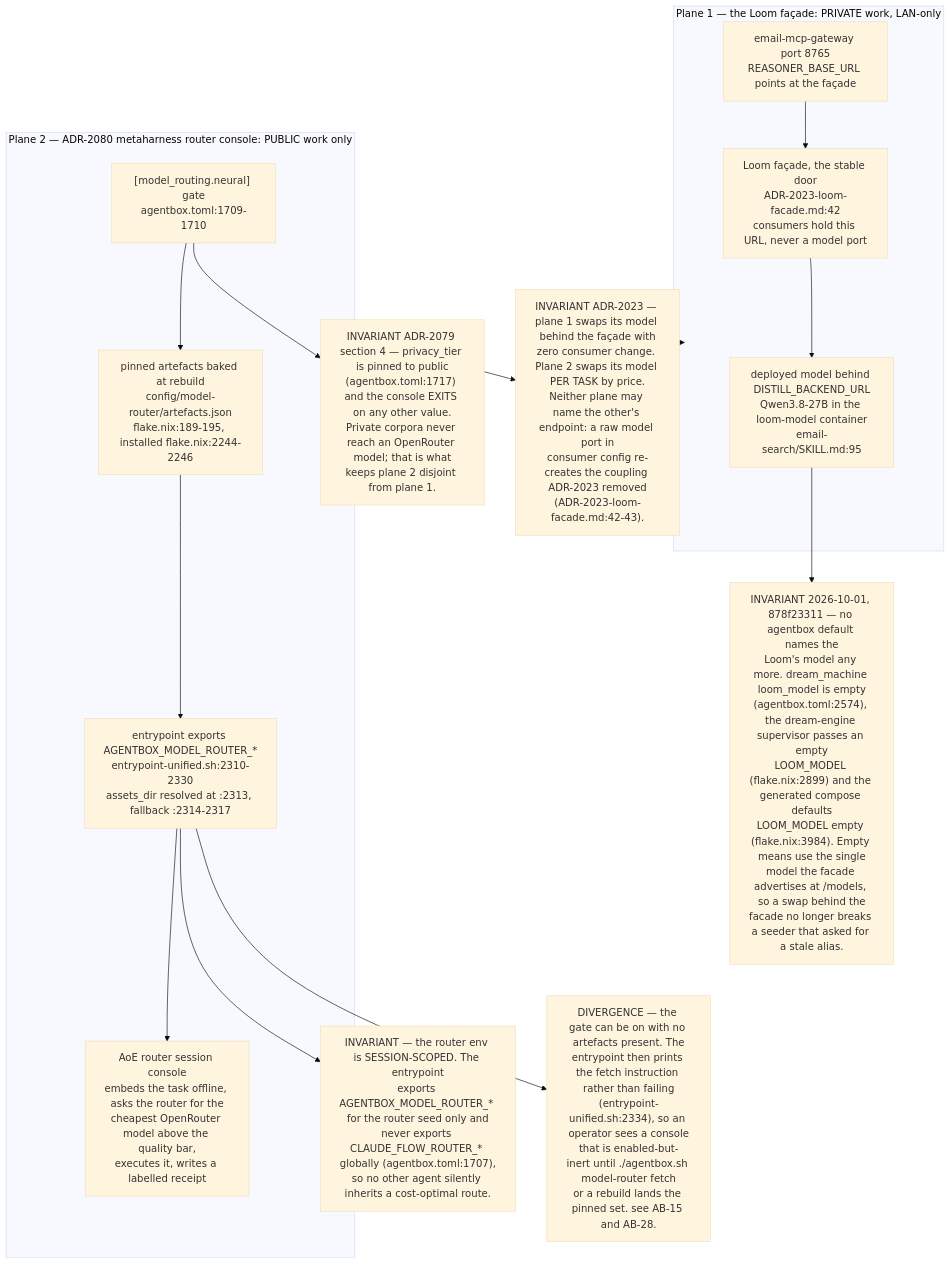
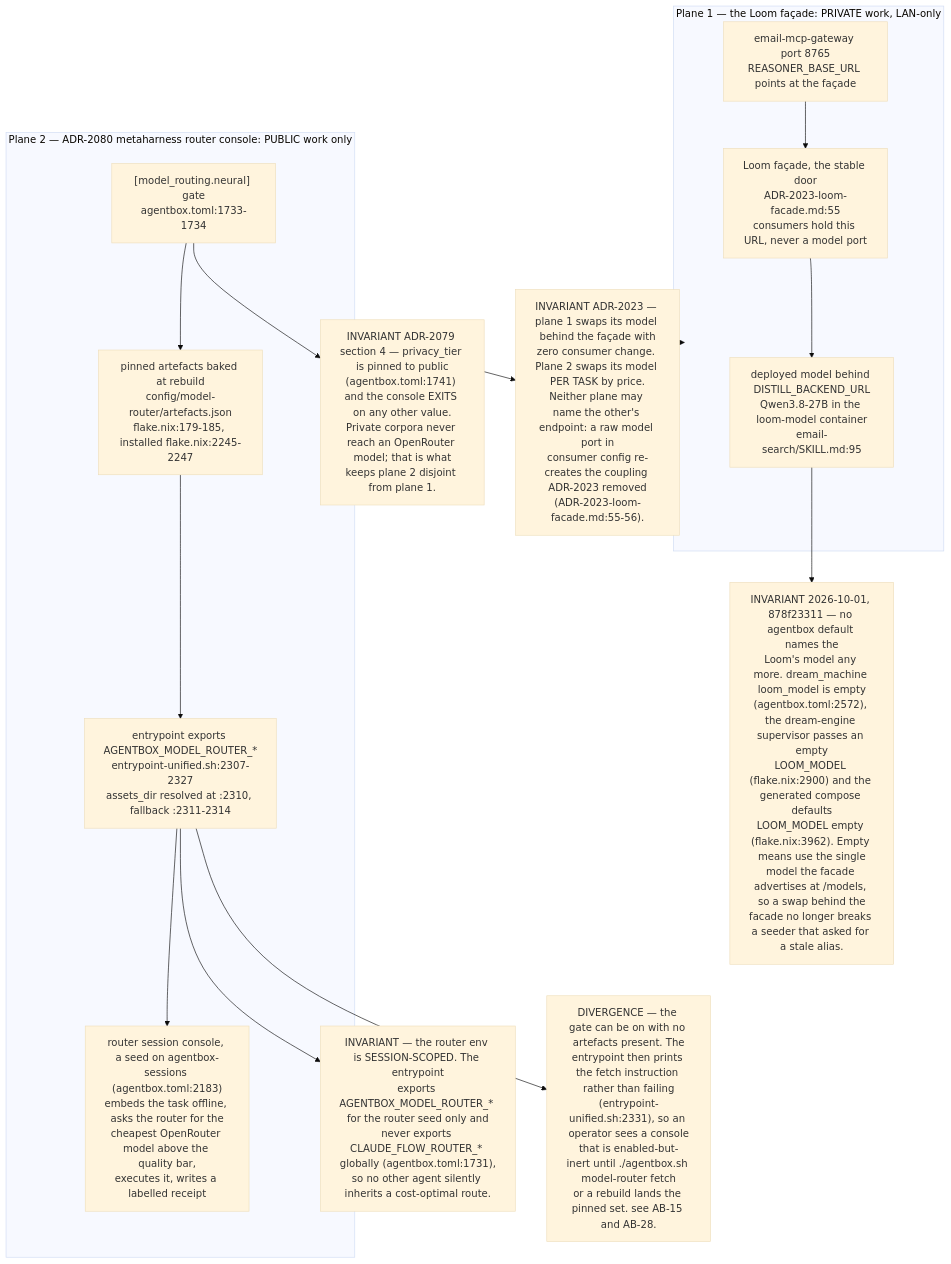
Before and after one commit to DreamLab-AI/VisionFlow: the tenth of 11 diagrams in docs/diagrams/estate/06-loom-and-email-privacy-path.md, drawn with Mermaid (base theme). The commit also changed other lines of this file and 145 other files, not shown here.

````diff
--- a/docs/diagrams/estate/06-loom-and-email-privacy-path.md
+++ b/docs/diagrams/estate/06-loom-and-email-privacy-path.md
@@ -350,31 +351,31 @@
 ```mermaid
 flowchart TB
     subgraph PRIV["Plane 1 — the Loom façade: PRIVATE work, LAN-only"]
-        FAC["Loom façade, the stable door<br/>ADR-2023-loom-facade.md:42<br/>consumers hold this URL, never a model port"]
+        FAC["Loom façade, the stable door<br/>ADR-2023-loom-facade.md:55<br/>consumers hold this URL, never a model port"]
         MDL["deployed model behind DISTILL_BACKEND_URL<br/>Qwen3.8-27B in the loom-model container<br/>email-search/SKILL.md:95"]
         MAIL["email-mcp-gateway port 8765<br/>REASONER_BASE_URL points at the façade"]
         FAC --> MDL
         MAIL --> FAC
     end
 
     subgraph PUB["Plane 2 — ADR-2080 metaharness router console: PUBLIC work only"]
-        GATE["[model_routing.neural] gate<br/>agentbox.toml:1709-1710"]
-        ART["pinned artefacts baked at rebuild<br/>config/model-router/artefacts.json<br/>flake.nix:189-195, installed flake.nix:2244-2246"]
-        ENV["entrypoint exports AGENTBOX_MODEL_ROUTER_*<br/>entrypoint-unified.sh:2310-2330<br/>assets_dir resolved at :2313, fallback :2314-2317"]
-        CON["AoE router session console<br/>embeds the task offline, asks the router for the<br/>cheapest OpenRouter model above the quality bar,<br/>executes it, writes a labelled receipt"]
+        GATE["[model_routing.neural] gate<br/>agentbox.toml:1733-1734"]
+        ART["pinned artefacts baked at rebuild<br/>config/model-router/artefacts.json<br/>flake.nix:179-185, installed flake.nix:2245-2247"]
+        ENV["entrypoint exports AGENTBOX_MODEL_ROUTER_*<br/>entrypoint-unified.sh:2307-2327<br/>assets_dir resolved at :2310, fallback :2311-2314"]
+        CON["router session console, a seed on agentbox-sessions (agentbox.toml:2183)<br/>embeds the task offline, asks the router for the<br/>cheapest OpenRouter model above the quality bar,<br/>executes it, writes a labelled receipt"]
         GATE --> ART --> ENV --> CON
     end
 
-    INV1["INVARIANT ADR-2079 section 4 — privacy_tier is pinned to public<br/>(agentbox.toml:1717) and the console EXITS on any other value.<br/>Private corpora never reach an OpenRouter model; that is what<br/>keeps plane 2 disjoint from plane 1."]
-    INV2["INVARIANT — the router env is SESSION-SCOPED. The entrypoint<br/>exports AGENTBOX_MODEL_ROUTER_* for the router seed only and<br/>never exports CLAUDE_FLOW_ROUTER_* globally (agentbox.toml:1707),<br/>so no other agent silently inherits a cost-optimal route."]
-    INV3["INVARIANT ADR-2023 — plane 1 swaps its model behind the façade with<br/>zero consumer change. Plane 2 swaps its model PER TASK by price.<br/>Neither plane may name the other's endpoint: a raw model port in<br/>consumer config re-creates the coupling ADR-2023 removed<br/>(ADR-2023-loom-facade.md:42-43)."]
-    DEG["DIVERGENCE — the gate can be on with no artefacts present. The<br/>entrypoint then prints the fetch instruction rather than failing<br/>(entrypoint-unified.sh:2334), so an operator sees a console<br/>that is enabled-but-inert until ./agentbox.sh model-router fetch<br/>or a rebuild lands the pinned set. see AB-15 and AB-28."]
+    INV1["INVARIANT ADR-2079 section 4 — privacy_tier is pinned to public<br/>(agentbox.toml:1741) and the console EXITS on any other value.<br/>Private corpora never reach an OpenRouter model; that is what<br/>keeps plane 2 disjoint from plane 1."]
+    INV2["INVARIANT — the router env is SESSION-SCOPED. The entrypoint<br/>exports AGENTBOX_MODEL_ROUTER_* for the router seed only and<br/>never exports CLAUDE_FLOW_ROUTER_* globally (agentbox.toml:1731),<br/>so no other agent silently inherits a cost-optimal route."]
+    INV3["INVARIANT ADR-2023 — plane 1 swaps its model behind the façade with<br/>zero consumer change. Plane 2 swaps its model PER TASK by price.<br/>Neither plane may name the other's endpoint: a raw model port in<br/>consumer config re-creates the coupling ADR-2023 removed<br/>(ADR-2023-loom-facade.md:55-56)."]
+    DEG["DIVERGENCE — the gate can be on with no artefacts present. The<br/>entrypoint then prints the fetch instruction rather than failing<br/>(entrypoint-unified.sh:2331), so an operator sees a console<br/>that is enabled-but-inert until ./agentbox.sh model-router fetch<br/>or a rebuild lands the pinned set. see AB-15 and AB-28."]
 
-    NOPIN["INVARIANT 2026-10-01, 878f23311 — no agentbox default names the<br/>Loom's model any more. dream_machine loom_model is empty<br/>(agentbox.toml:2574), the dream-engine supervisor passes an empty<br/>LOOM_MODEL (flake.nix:2899) and the generated compose defaults<br/>LOOM_MODEL empty (flake.nix:3984). Empty means use the single<br/>model the facade advertises at /models, so a swap behind the<br/>facade no longer breaks a seeder that asked for a stale alias."]
+    NOPIN["INVARIANT 2026-10-01, 878f23311 — no agentbox default names the<br/>Loom's model any more. dream_machine loom_model is empty<br/>(agentbox.toml:2572), the dream-engine supervisor passes an empty<br/>LOOM_MODEL (flake.nix:2900) and the generated compose defaults<br/>LOOM_MODEL empty (flake.nix:3962). Empty means use the single<br/>model the facade advertises at /models, so a swap behind the<br/>facade no longer breaks a seeder that asked for a stale alias."]
     MDL --> NOPIN
     PRIV --> INV3
     PUB --> INV3
     GATE --> INV1
     ENV --> INV2
     ENV --> DEG
 ```
````
